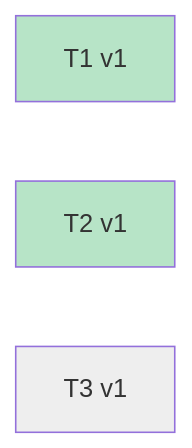
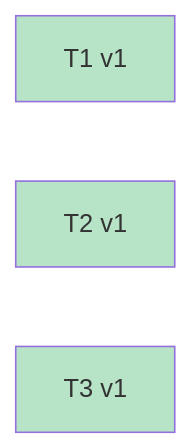
Diagram 43 of 43 in docs/specs/OVERVIEW.md (Curry09/AHE-Beta), drawn with Mermaid before and after one commit. The commit also changed other lines of this file and 1 other file, not shown here.

Commit message:
spec(0021): 标记 T3 done + render OVERVIEW

````diff
--- a/docs/specs/OVERVIEW.md
+++ b/docs/specs/OVERVIEW.md
@@ -926,11 +926,10 @@
 ```mermaid
 graph LR
     v_T1_1["T1 v1"]
     v_T2_1["T2 v1"]
     v_T3_1["T3 v1"]
     classDef st_done fill:#b7e4c7;
-    classDef st_pending fill:#eeeeee;
     class v_T1_1 st_done;
     class v_T2_1 st_done;
-    class v_T3_1 st_pending;
+    class v_T3_1 st_done;
 ```
````
